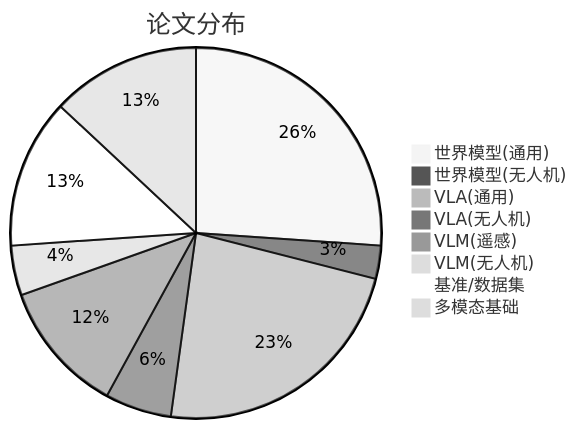
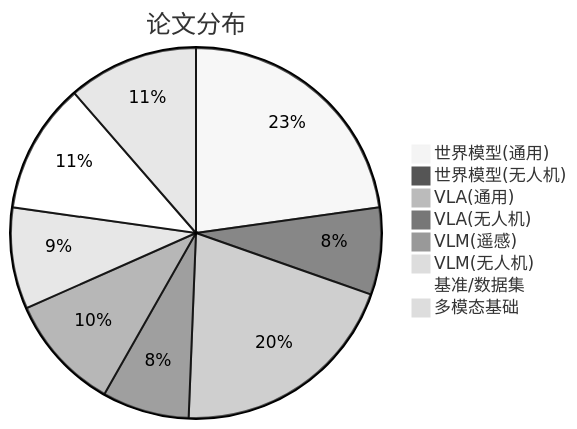
One commit to Qxy661/UAV-WM-VLA-Learning changed the diagram in references/paper-list.md. Above: the diagram before and after it, drawn with Mermaid (neutral theme). The commit also changed other lines of this file and 32 other files, not shown here.

````diff
--- a/references/paper-list.md
+++ b/references/paper-list.md
@@ -173,11 +183,11 @@
 ```mermaid
 pie title 论文分布
     "世界模型(通用)" : 18
-    "世界模型(无人机)" : 2
+    "世界模型(无人机)" : 6
     "VLA(通用)" : 16
-    "VLA(无人机)" : 4
+    "VLA(无人机)" : 6
     "VLM(遥感)" : 8
-    "VLM(无人机)" : 3
+    "VLM(无人机)" : 7
     "基准/数据集" : 9
     "多模态基础" : 9
 ```
````
